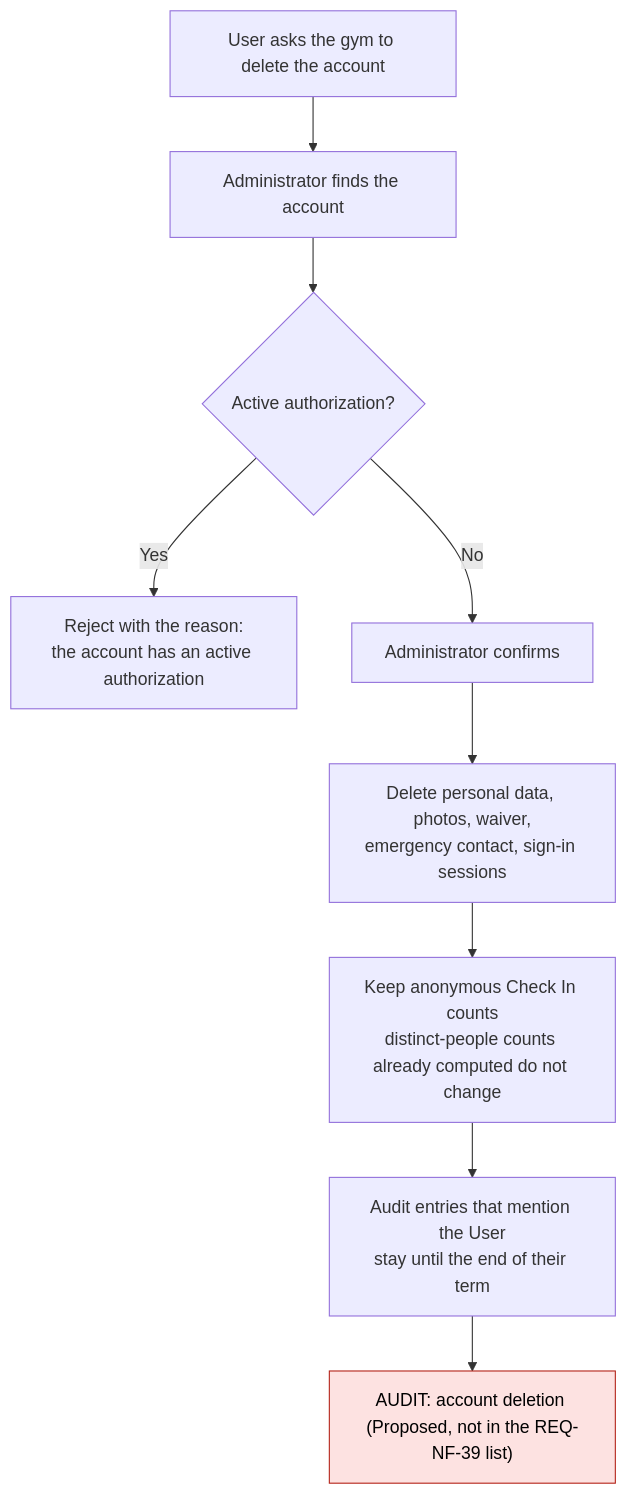
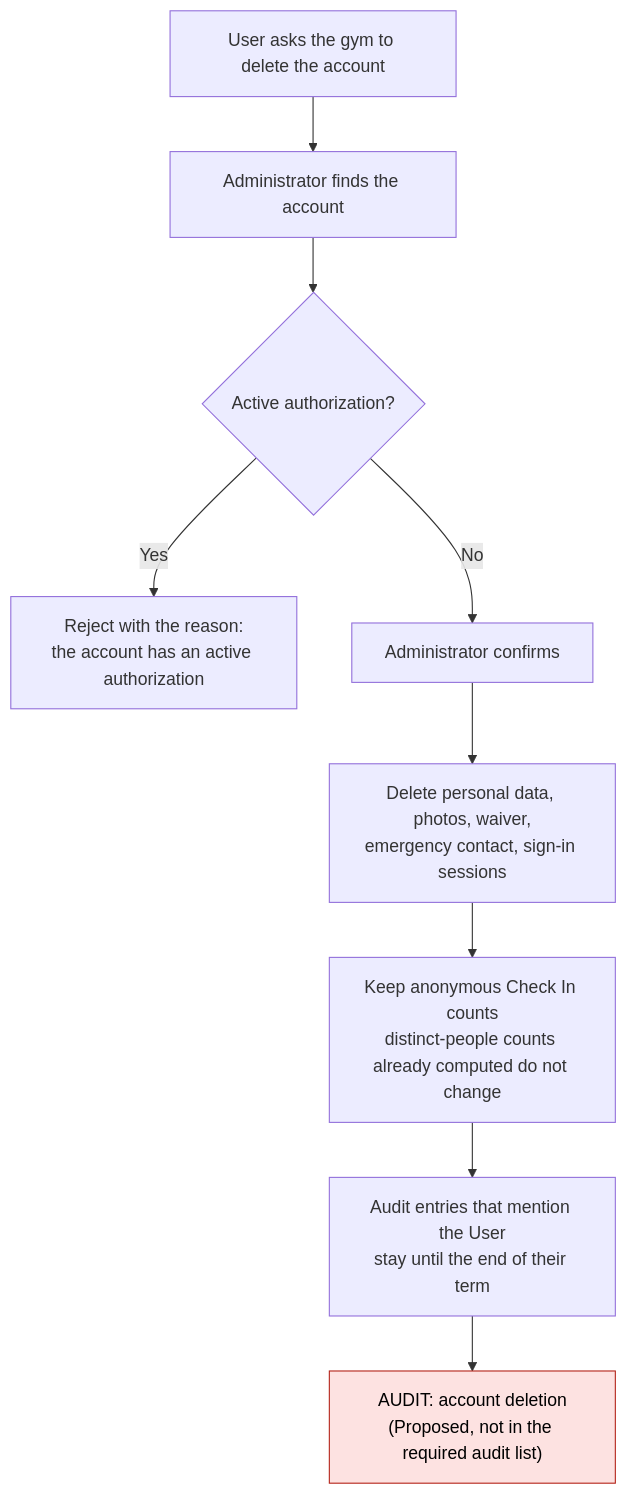
Diagram 14 of 17 in docs/design/admin-flows.md (Th3-Minorities/natatorio-gym-app), drawn with Mermaid before and after one commit. The commit also changed other lines of this file, not shown here.

Commit message:
Add the recovery code flow and the PIN version to the admin flows

````diff
--- a/docs/design/admin-flows.md
+++ b/docs/design/admin-flows.md
@@ -314,14 +385,14 @@
 ```mermaid
 flowchart TD
   X0["User asks the gym to delete the account"] --> X1["Administrator finds the account"]
   X1 --> X2{"Active authorization?"}
   X2 -->|"Yes"| X3["Reject with the reason:<br/>the account has an active authorization"]
   X2 -->|"No"| X4["Administrator confirms"]
   X4 --> X5["Delete personal data, photos, waiver,<br/>emergency contact, sign-in sessions"]
   X5 --> X6["Keep anonymous Check In counts<br/>distinct-people counts already computed do not change"]
   X6 --> X7["Audit entries that mention the User<br/>stay until the end of their term"]
-  X7 --> X8["AUDIT: account deletion (Proposed, not in the REQ-NF-39 list)"]
+  X7 --> X8["AUDIT: account deletion<br/>(Proposed, not in the required audit list)"]
 
   classDef audit fill:#fde2e1,stroke:#b42318,color:#000
   class X8 audit
 ```
````
